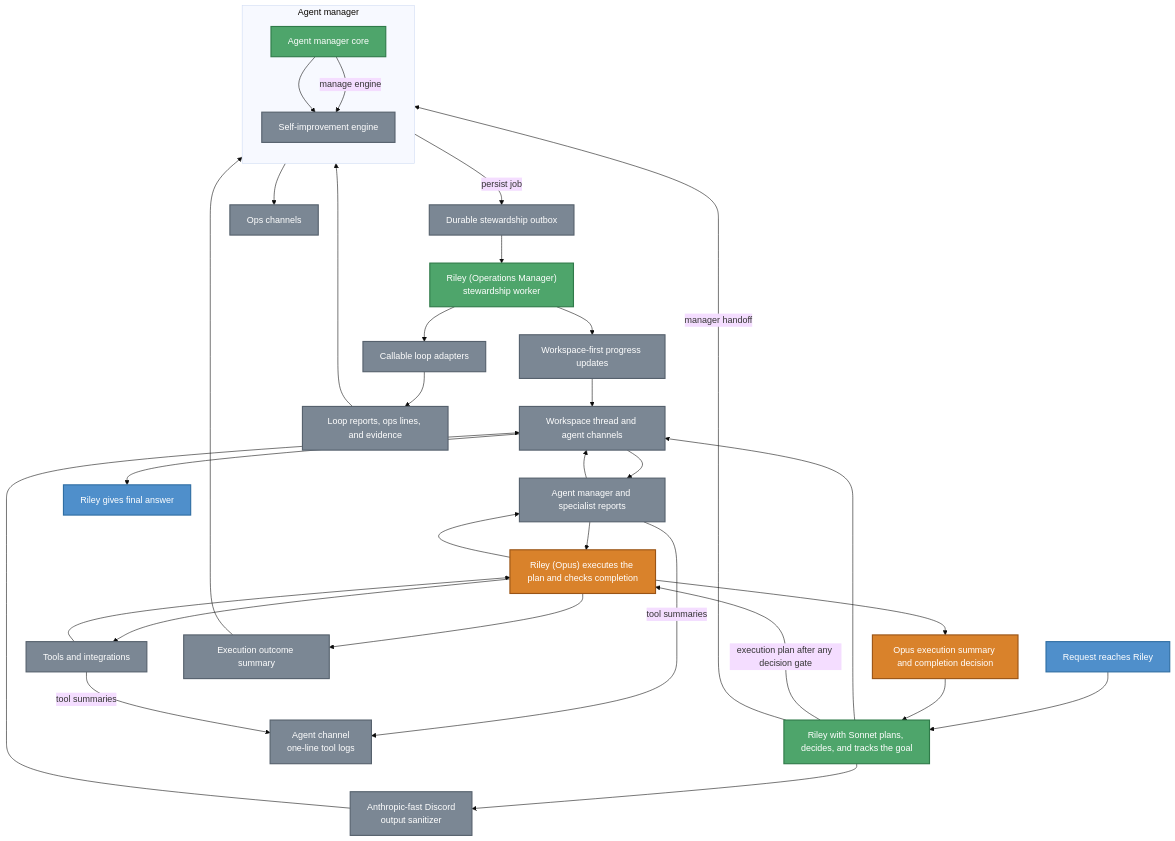
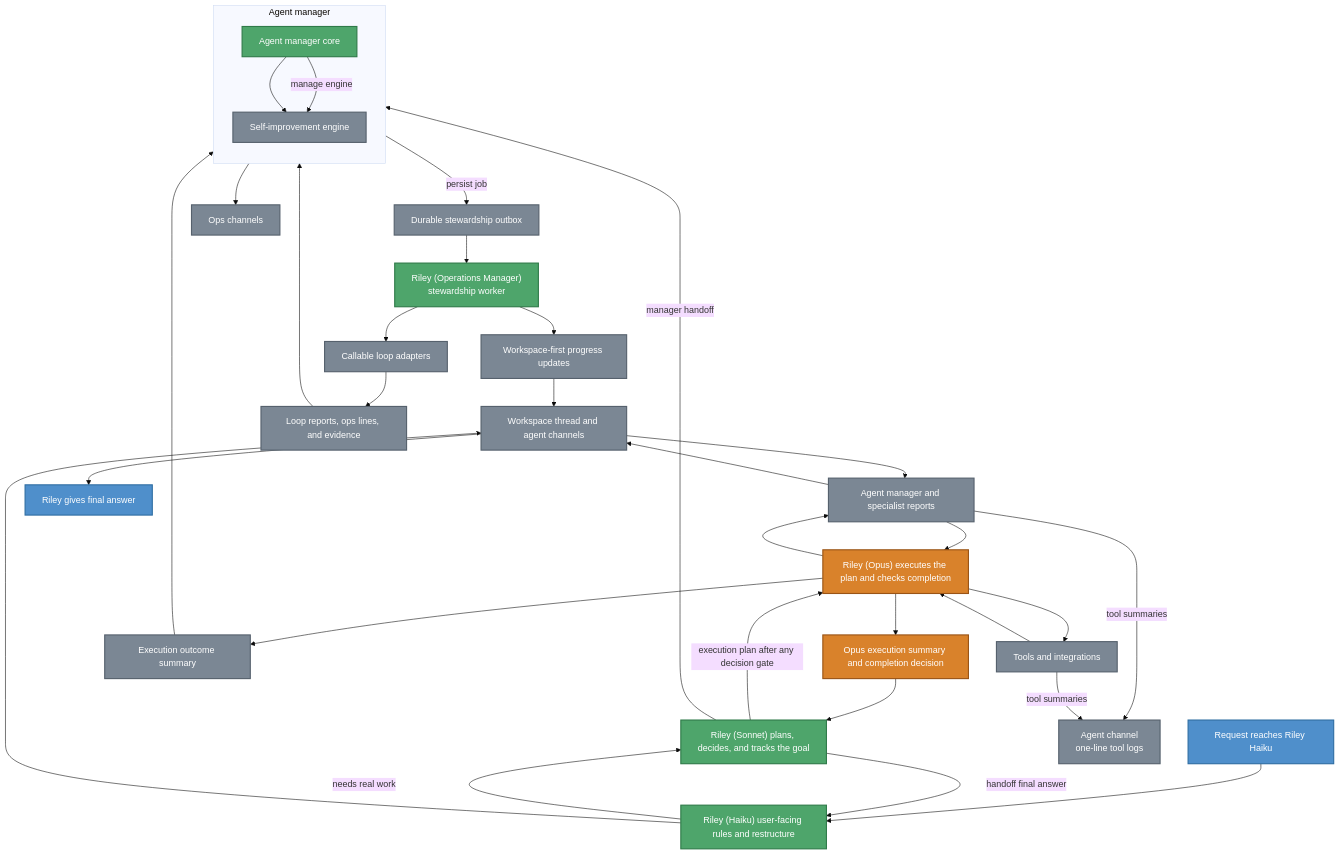
One commit to jflessenkemper/ASAP-discord changed the third of 4 diagrams in .github/ARCHITECTURE.md. Above: the diagram before and after it, drawn with Mermaid (base theme). The commit also changed other lines of this file and 2 other files, not shown here.

Commit message:
Update Haiku front-door architecture

````diff
--- a/.github/ARCHITECTURE.md
+++ b/.github/ARCHITECTURE.md
@@ -220,60 +224,61 @@
 ```mermaid
 flowchart TB
-    Request[Request reaches Riley]
-    Riley[Riley with Sonnet plans, decides, and tracks the goal]
+    Request[Request reaches Riley Haiku]
+    RileyHaiku["Riley (Haiku) user-facing rules and restructure"]
+    Riley["Riley (Sonnet) plans, decides, and tracks the goal"]
     Workspace[Workspace thread and agent channels]
-    OutputSanitizer["Anthropic-fast Discord\noutput sanitizer"]
     ToolLogs["Agent channel\none-line tool logs"]
     Opus["Riley (Opus) executes the plan and checks completion"]
     Specialists[Agent manager and specialist reports]
     Tools[Tools and integrations]
     ExecutionOutcome[Execution outcome summary]
     StewardQueue[Durable stewardship outbox]
     OpsSteward["Riley (Operations Manager)\nstewardship worker"]
     LoopAdapters[Callable loop adapters]
     LoopReports[Loop reports, ops lines, and evidence]
     OpsChannels[Ops channels]
     WorkspaceUpdates[Workspace-first progress updates]
     OpusReturn["Opus execution summary and completion decision"]
     FinalAnswer[Riley gives final answer]
 
     subgraph AgentManager[Agent manager]
         direction TB
         AgentManagerCore[Agent manager core]
         SelfImproveEngine[Self-improvement engine]
         AgentManagerCore --> SelfImproveEngine
     end
 
-    Request --> Riley
-    Riley --> Workspace
+    Request --> RileyHaiku
+    RileyHaiku -->|needs real work| Riley
     Riley -->|execution plan after any decision gate| Opus
     Riley -->|manager handoff| AgentManager
     Opus --> Specialists
     Specialists --> Workspace
     Workspace --> Specialists
     Specialists --> Opus
     Opus --> Tools --> Opus
     Specialists -->|tool summaries| ToolLogs
     Tools -->|tool summaries| ToolLogs
     Opus --> ExecutionOutcome --> AgentManagerCore
     AgentManagerCore -->|manage engine| SelfImproveEngine
     SelfImproveEngine -->|persist job| StewardQueue --> OpsSteward
     OpsSteward --> LoopAdapters --> LoopReports --> SelfImproveEngine
     SelfImproveEngine --> OpsChannels
     OpsSteward --> WorkspaceUpdates --> Workspace
     Opus --> OpusReturn
     OpusReturn --> Riley
-    Riley --> OutputSanitizer --> Workspace
+    Riley -->|handoff final answer| RileyHaiku
+    RileyHaiku --> Workspace
     Workspace --> FinalAnswer
 
     classDef user fill:#4f8fcb,stroke:#2f6ea3,color:#ffffff,stroke-width:2px;
     classDef riley fill:#4ea56b,stroke:#2f7a49,color:#ffffff,stroke-width:2px;
     classDef opus fill:#d9822b,stroke:#9a5416,color:#ffffff,stroke-width:2px;
     classDef surface fill:#7b8794,stroke:#56616d,color:#ffffff,stroke-width:2px;
 
     class Request,FinalAnswer user;
-    class Riley,AgentManagerCore riley;
+    class RileyHaiku,Riley,AgentManagerCore riley;
     class Opus,OpusReturn opus;
-    class Workspace,OutputSanitizer,ToolLogs,Specialists,Tools,SelfImproveEngine,ExecutionOutcome,StewardQueue,LoopAdapters,LoopReports,OpsChannels,WorkspaceUpdates surface;
+    class Workspace,ToolLogs,Specialists,Tools,SelfImproveEngine,ExecutionOutcome,StewardQueue,LoopAdapters,LoopReports,OpsChannels,WorkspaceUpdates surface;
     class OpsSteward riley;
 ```
````
